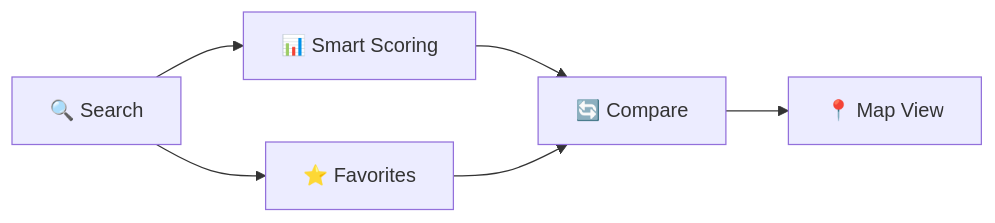
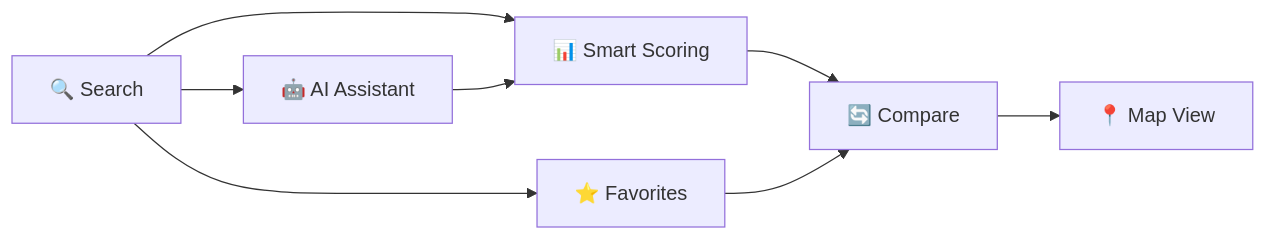
Before and after one commit to Jinghao-Guo/sc2006-project: the first of 2 diagrams in README.md, drawn with Mermaid. The commit also changed other lines of this file and 6 other files, not shown here.

````diff
--- a/README.md
+++ b/README.md
@@ -11,8 +11,10 @@
 ```mermaid
 graph LR
     A[🔍 Search] --> B[📊 Smart Scoring]
     A --> C[⭐ Favorites]
     B --> D[🔄 Compare]
     C --> D
     D --> E[📍 Map View]
+    A --> F[🤖 AI Assistant]
+    F --> B
 ```
````
